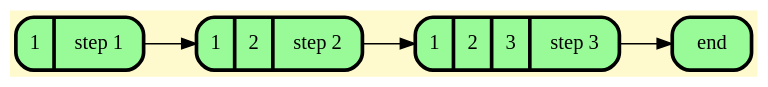
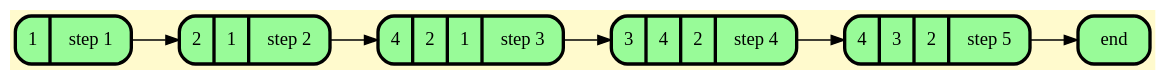
Before and after one commit to BulgakovDmitry/LFU_cache: the diagram in graphDump/dump.gv, drawn with Graphviz. The commit also changed 14 other files, not shown here.

```diff
--- a/graphDump/dump.gv
+++ b/graphDump/dump.gv
@@ -1,15 +1,19 @@
 digraph G {
     rankdir=LR;
-    graph [margin="0.8,1.4"];
+
     node [style=filled, fontcolor=darkblue,    fillcolor=peachpuff, color="#252A34", penwidth=2.5];
     bgcolor="lemonchiffon";
 
 	node_0 [shape=Mrecord; style = filled; fillcolor = palegreen;color = "#000000"; fontcolor = "#000000";  label=" {1 | step 1} "];
-	node_1 [shape=Mrecord; style = filled; fillcolor = palegreen;color = "#000000"; fontcolor = "#000000";  label=" {1 | 2 | step 2} "];
-	node_2 [shape=Mrecord; style = filled; fillcolor = palegreen;color = "#000000"; fontcolor = "#000000";  label=" {1 | 2 | 3 | step 3} "];
-	node_3 [shape=Mrecord; style = filled; fillcolor = palegreen;color = "#000000"; fontcolor = "#000000";  label=" { end }"];
+	node_1 [shape=Mrecord; style = filled; fillcolor = palegreen;color = "#000000"; fontcolor = "#000000";  label=" {2 | 1 | step 2} "];
+	node_2 [shape=Mrecord; style = filled; fillcolor = palegreen;color = "#000000"; fontcolor = "#000000";  label=" {4 | 2 | 1 | step 3} "];
+	node_3 [shape=Mrecord; style = filled; fillcolor = palegreen;color = "#000000"; fontcolor = "#000000";  label=" {3 | 4 | 2 | step 4} "];
+	node_4 [shape=Mrecord; style = filled; fillcolor = palegreen;color = "#000000"; fontcolor = "#000000";  label=" {4 | 3 | 2 | step 5} "];
+	node_5 [shape=Mrecord; style = filled; fillcolor = palegreen;color = "#000000"; fontcolor = "#000000";  label=" { end }"];
 
 	node_0 -> node_1
 	node_1 -> node_2
 	node_2 -> node_3
+	node_3 -> node_4
+	node_4 -> node_5
 }
```
